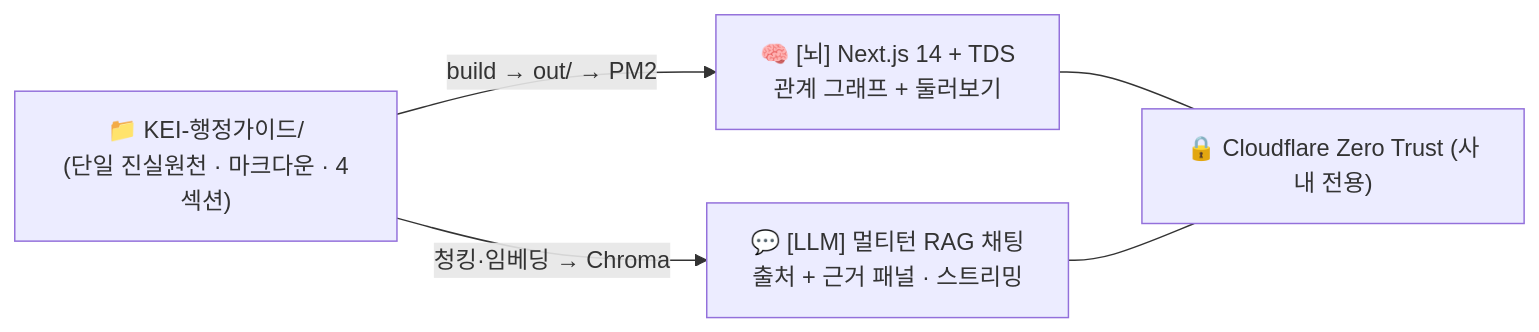
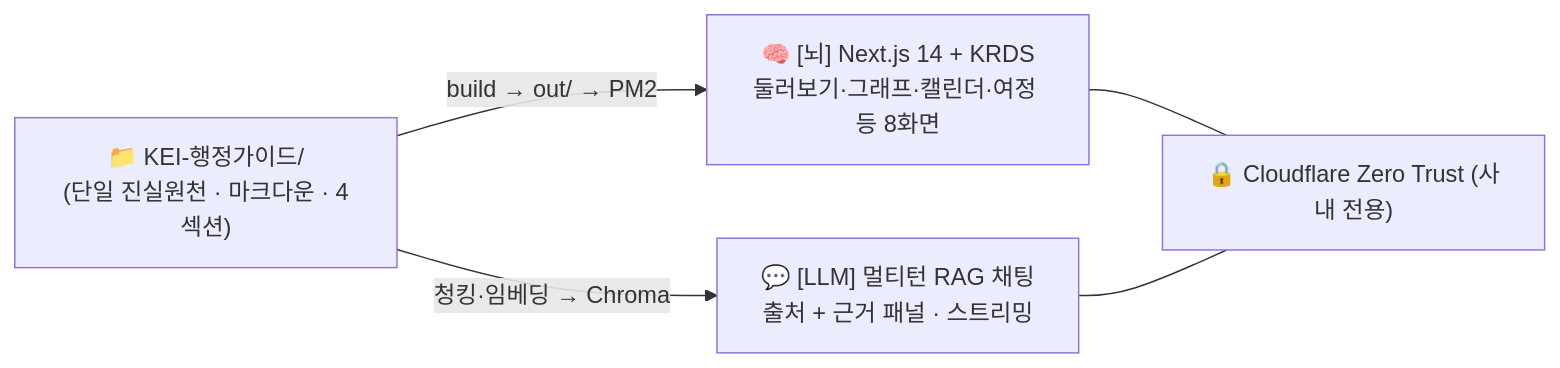
One commit to mooner92/KEIAdminSuperv changed the diagram in docs/README.md. Above: the diagram before and after it, drawn with Mermaid. The commit also changed other lines of this file and 3 other files, not shown here.

````diff
--- a/docs/README.md
+++ b/docs/README.md
@@ -11,8 +11,8 @@
 ```mermaid
 flowchart LR
     Vault["📁 KEI-행정가이드/<br/>(단일 진실원천 · 마크다운 · 4섹션)"]
-    Vault -->|build → out/ → PM2| Brain["🧠 [뇌] Next.js 14 + TDS<br/>관계 그래프 + 둘러보기"]
+    Vault -->|build → out/ → PM2| Brain["🧠 [뇌] Next.js 14 + KRDS<br/>둘러보기·그래프·캘린더·여정 등 8화면"]
     Vault -->|청킹·임베딩 → Chroma| Assistant["💬 [LLM] 멀티턴 RAG 채팅<br/>출처 + 근거 패널 · 스트리밍"]
     Brain --- ZeroTrust["🔒 Cloudflare Zero Trust (사내 전용)"]
     Assistant --- ZeroTrust
 ```
````
